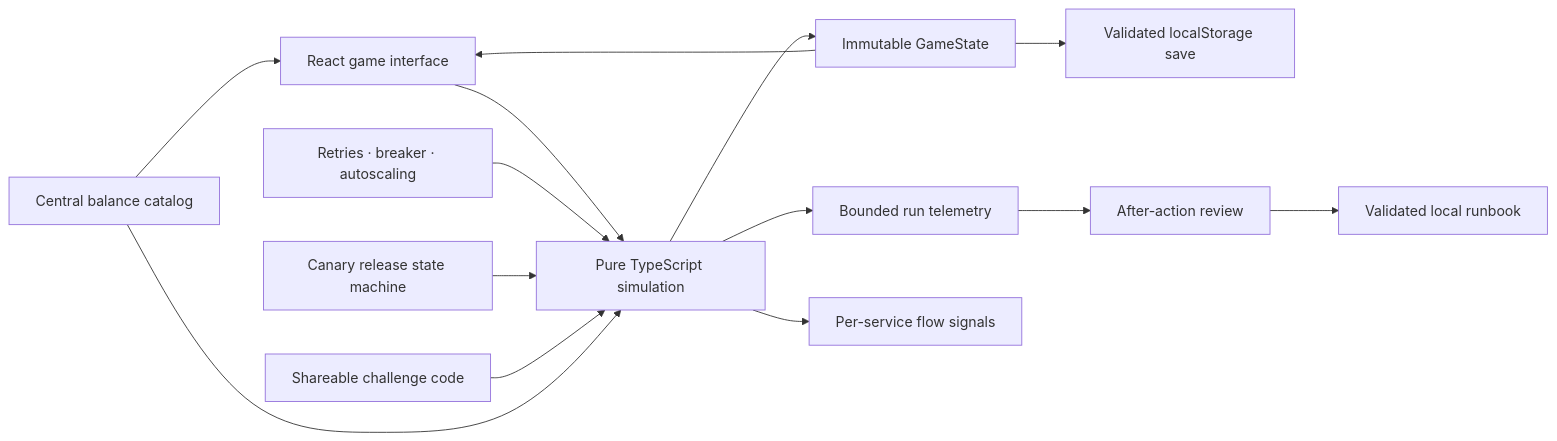
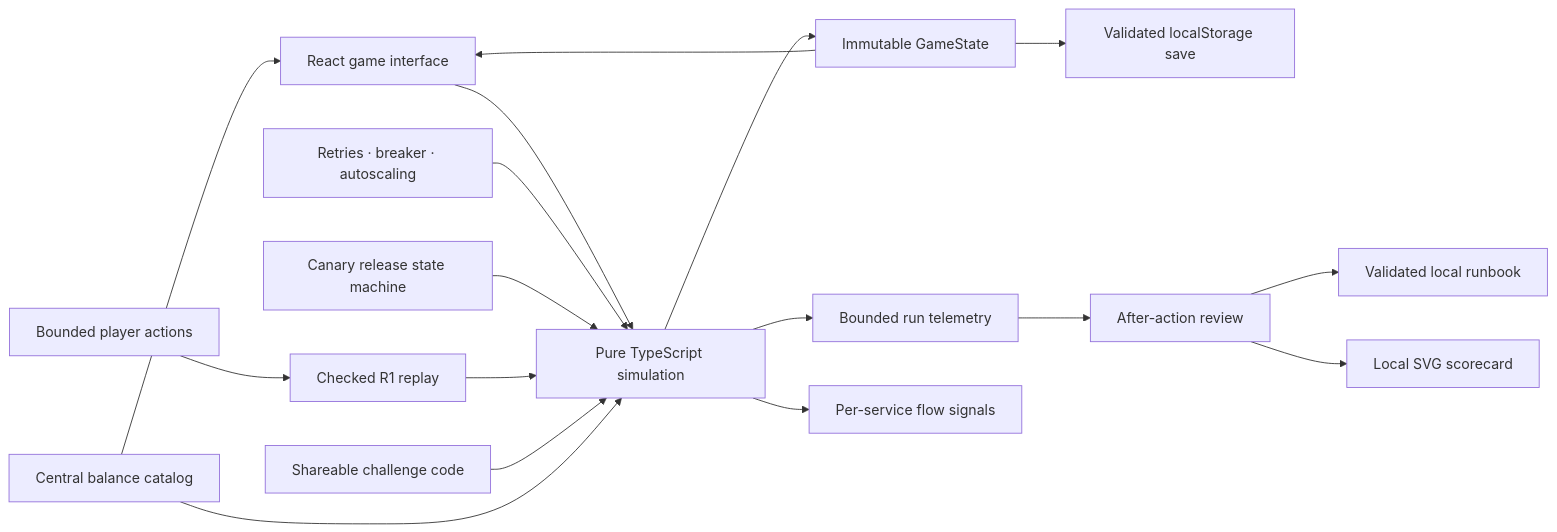
One commit to chadkraus87/stack-city changed the diagram in README.md. Above: the diagram before and after it, drawn with Mermaid. The commit also changed other lines of this file and 16 other files, not shown here.

````diff
--- a/README.md
+++ b/README.md
@@ -297,16 +314,19 @@
 ```mermaid
 flowchart LR
   UI["React game interface"] --> Engine["Pure TypeScript simulation"]
   Engine --> State["Immutable GameState"]
   State --> UI
   State --> Save["Validated localStorage save"]
   Engine --> Telemetry["Bounded run telemetry"]
   Engine --> Signals["Per-service flow signals"]
   Controls["Retries · breaker · autoscaling"] --> Engine
   Canary["Canary release state machine"] --> Engine
   Telemetry --> Report["After-action review"]
   Report --> History["Validated local runbook"]
+  Actions["Bounded player actions"] --> Replay["Checked R1 replay"]
+  Replay --> Engine
+  Report --> Card["Local SVG scorecard"]
   Seed["Shareable challenge code"] --> Engine
   Catalog["Central balance catalog"] --> Engine
   Catalog --> UI
 ```
````
